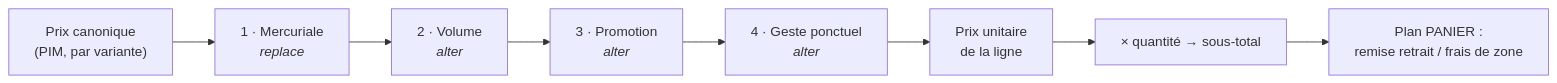
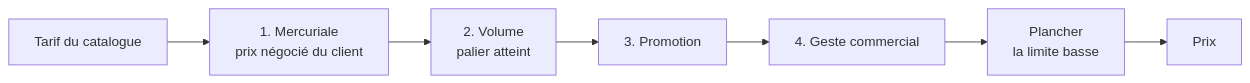
Before and after one commit to hugoheynard/lfd: the diagram in documentation/pricing/moteur/architecture-resolution-de-prix.md, drawn with Mermaid. The commit also changed other lines of this file and 1 other file, not shown here.

First line of the commit message:
docs(pricing): la résolution de prix, réécrite contre le code

````diff
--- a/documentation/pricing/moteur/architecture-resolution-de-prix.md
+++ b/documentation/pricing/moteur/architecture-resolution-de-prix.md
@@ -91,10 +22,9 @@
 ```mermaid
 flowchart LR
-    A["Prix canonique<br/>(PIM, par variante)"] --> B["1 · Mercuriale<br/><i>replace</i>"]
-    B --> C["2 · Volume<br/><i>alter</i>"]
-    C --> D["3 · Promotion<br/><i>alter</i>"]
-    D --> E["4 · Geste ponctuel<br/><i>alter</i>"]
-    E --> F["Prix unitaire<br/>de la ligne"]
-    F --> G["× quantité → sous-total"]
-    G --> H["Plan PANIER :<br/>remise retrait / frais de zone"]
+  T["Tarif du catalogue"] --> M["1. Mercuriale<br/>prix négocié du client"]
+  M --> V["2. Volume<br/>palier atteint"]
+  V --> P["3. Promotion"]
+  P --> G["4. Geste commercial"]
+  G --> F["Plancher<br/>la limite basse"]
+  F --> R["Prix"]
 ```
````
